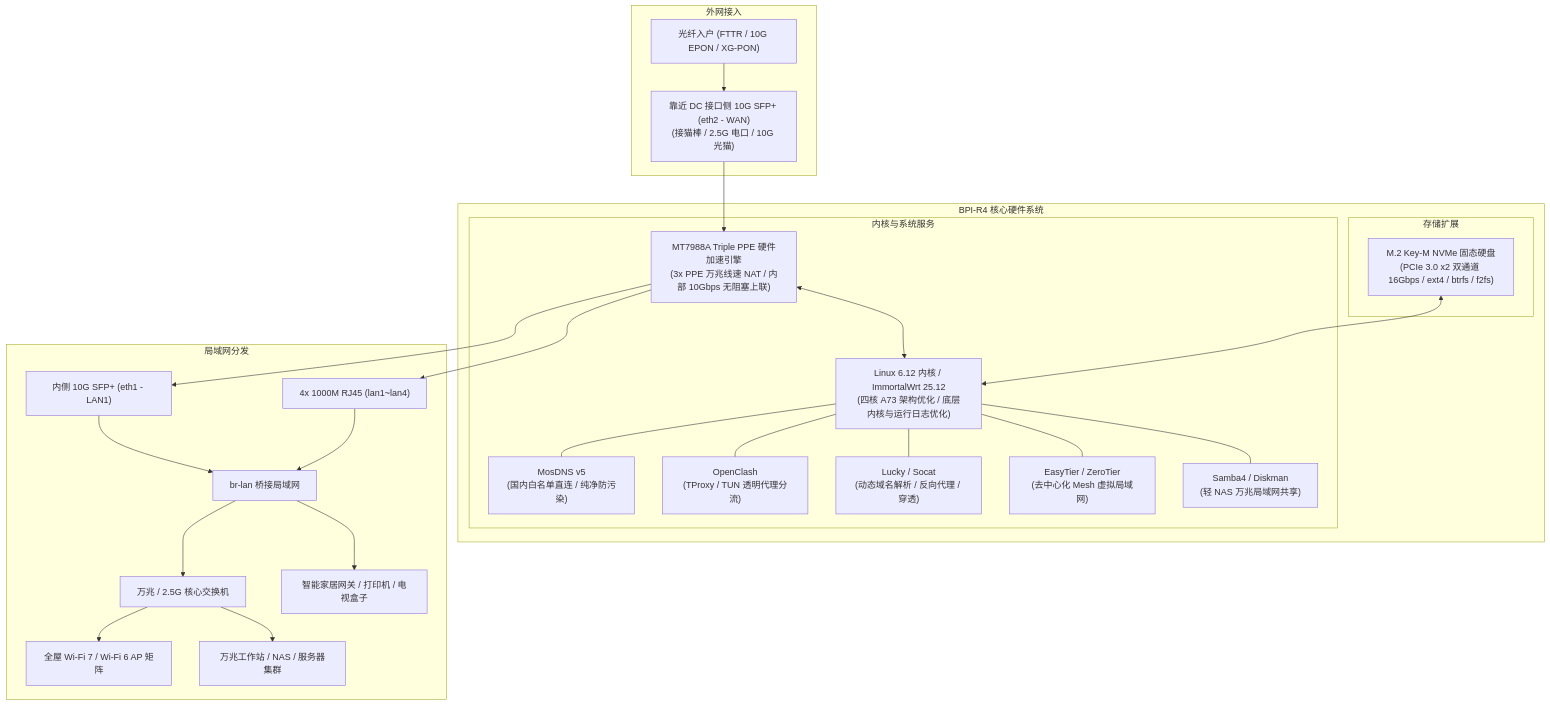
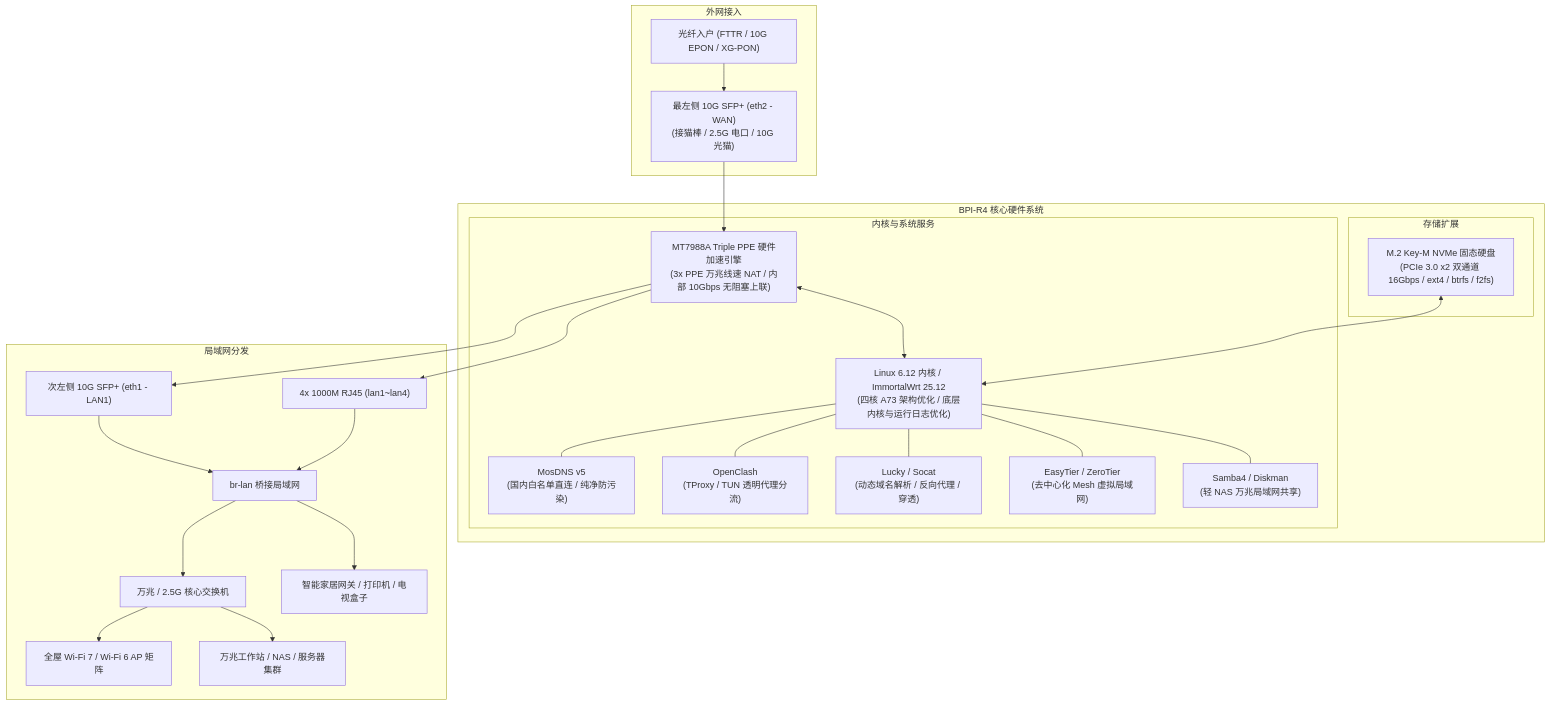
The diagram in README.md (Apocalypse-Long/bpi-r4-builder), drawn with Mermaid before and after one commit. The commit also changed other lines of this file, not shown here.

Commit message:
docs: correct physical panel layout (from left to right: SFP WAN, SFP LAN, 4x RJ45, DC jack)

````diff
--- a/README.md
+++ b/README.md
@@ -50,33 +50,33 @@
 ```mermaid
 flowchart TD
     subgraph 外网接入
-        WAN_IN["光纤入户 (FTTR / 10G EPON / XG-PON)"] --> SFP1["靠近 DC 接口侧 10G SFP+ (eth2 - WAN)\n(接猫棒 / 2.5G 电口 / 10G 光猫)"]
+        WAN_IN["光纤入户 (FTTR / 10G EPON / XG-PON)"] --> SFP1["最左侧 10G SFP+ (eth2 - WAN)\n(接猫棒 / 2.5G 电口 / 10G 光猫)"]
     end
 
     subgraph BPI-R4 核心硬件系统
         SFP1 --> PPE["MT7988A Triple PPE 硬件加速引擎\n(3x PPE 万兆线速 NAT / 内部 10Gbps 无阻塞上联)"]
         
         subgraph 内核与系统服务
             PPE <--> KERNEL["Linux 6.12 内核 / ImmortalWrt 25.12\n(四核 A73 架构优化 / 底层内核与运行日志优化)"]
             KERNEL --- MOSDNS["MosDNS v5\n(国内白名单直连 / 纯净防污染)"]
             KERNEL --- CLASH["OpenClash\n(TProxy / TUN 透明代理分流)"]
             KERNEL --- LUCKY["Lucky / Socat\n(动态域名解析 / 反向代理 / 穿透)"]
             KERNEL --- EASYTIER["EasyTier / ZeroTier\n(去中心化 Mesh 虚拟局域网)"]
             KERNEL --- SAMBA["Samba4 / Diskman\n(轻 NAS 万兆局域网共享)"]
         end
 
         subgraph 存储扩展
             NVME["M.2 Key-M NVMe 固态硬盘\n(PCIe 3.0 x2 双通道 16Gbps / ext4 / btrfs / f2fs)"] <--> KERNEL
         end
     end
 
     subgraph 局域网分发
-        PPE --> SFP2["内侧 10G SFP+ (eth1 - LAN1)"]
+        PPE --> SFP2["次左侧 10G SFP+ (eth1 - LAN1)"]
         PPE --> RJ45["4x 1000M RJ45 (lan1~lan4)"]
         SFP2 & RJ45 --> BRLAN["br-lan 桥接局域网"]
         BRLAN --> SWITCH["万兆 / 2.5G 核心交换机"]
         SWITCH --> AP["全屋 Wi-Fi 7 / Wi-Fi 6 AP 矩阵"]
         SWITCH --> PC["万兆工作站 / NAS / 服务器集群"]
         BRLAN --> IOT["智能家居网关 / 打印机 / 电视盒子"]
     end
 ```
````
